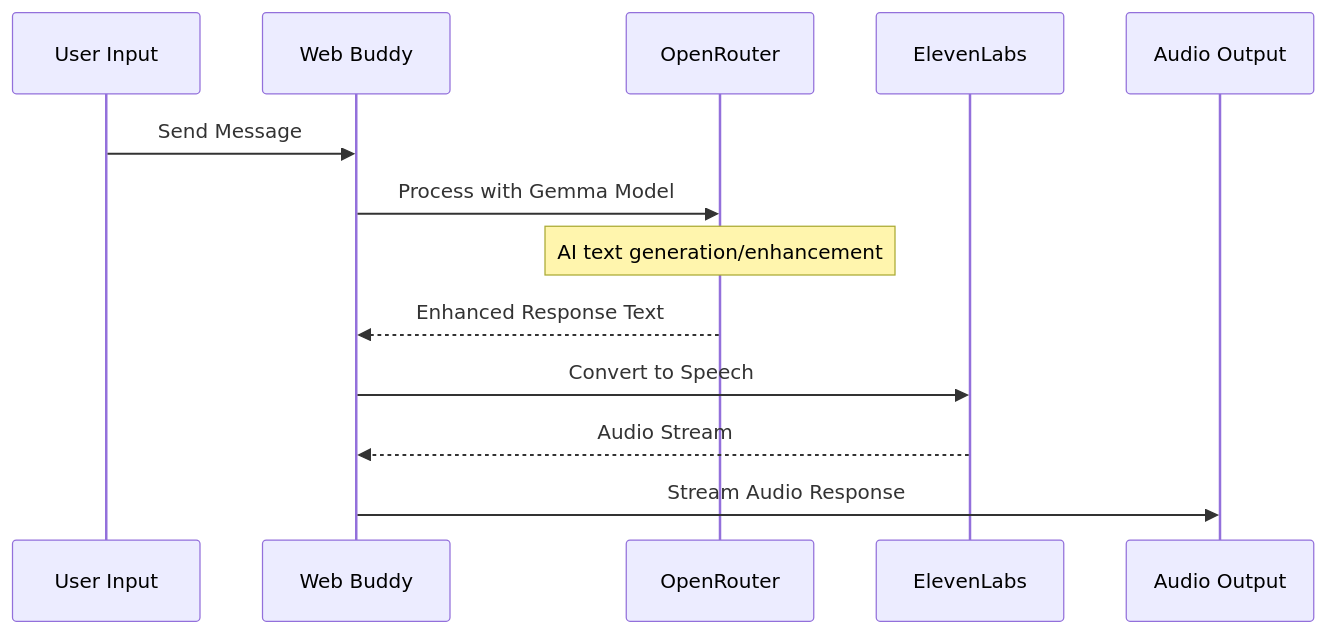
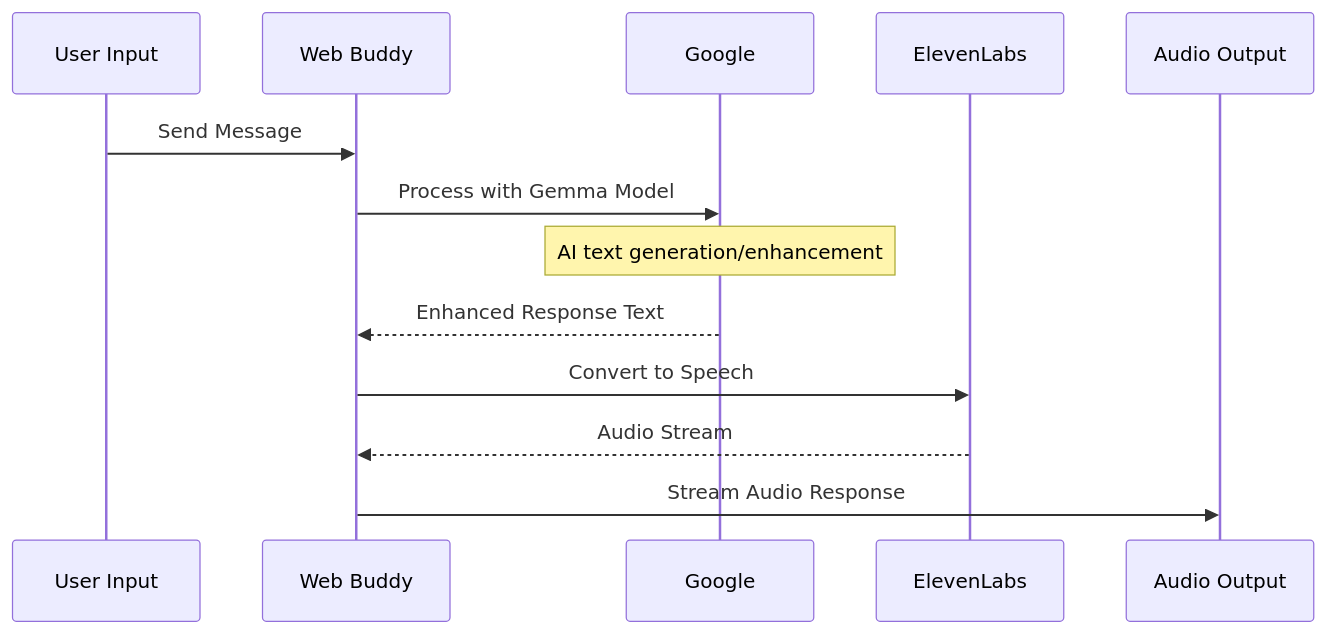
One commit to ngelik/tts-web-buddy-tech-demo changed the sixth of 6 diagrams in README.md. Above: the diagram before and after it, drawn with Mermaid. The commit also changed other lines of this file, not shown here.

First line of the commit message:
docs: Update README to reflect integration with Google AI models

````diff
--- a/README.md
+++ b/README.md
@@ -327,16 +323,16 @@
 ```mermaid
 sequenceDiagram
     participant User as User Input
     participant WB as Web Buddy
-    participant OR as OpenRouter
+    participant OR as Google
     participant EL as ElevenLabs
     participant Client as Audio Output
 
     User->>WB: Send Message
     WB->>OR: Process with Gemma Model
     Note over OR: AI text generation/enhancement
     OR-->>WB: Enhanced Response Text
     WB->>EL: Convert to Speech
     EL-->>WB: Audio Stream
     WB->>Client: Stream Audio Response
 ```
````
